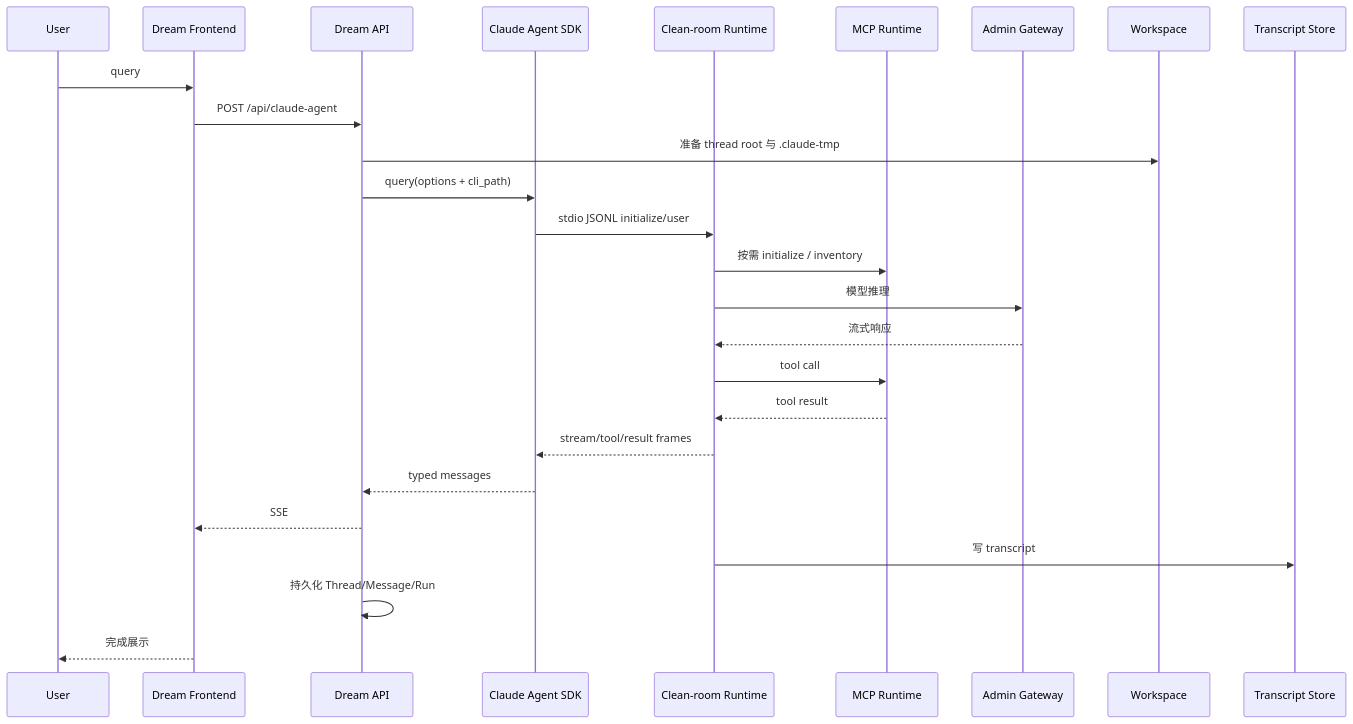
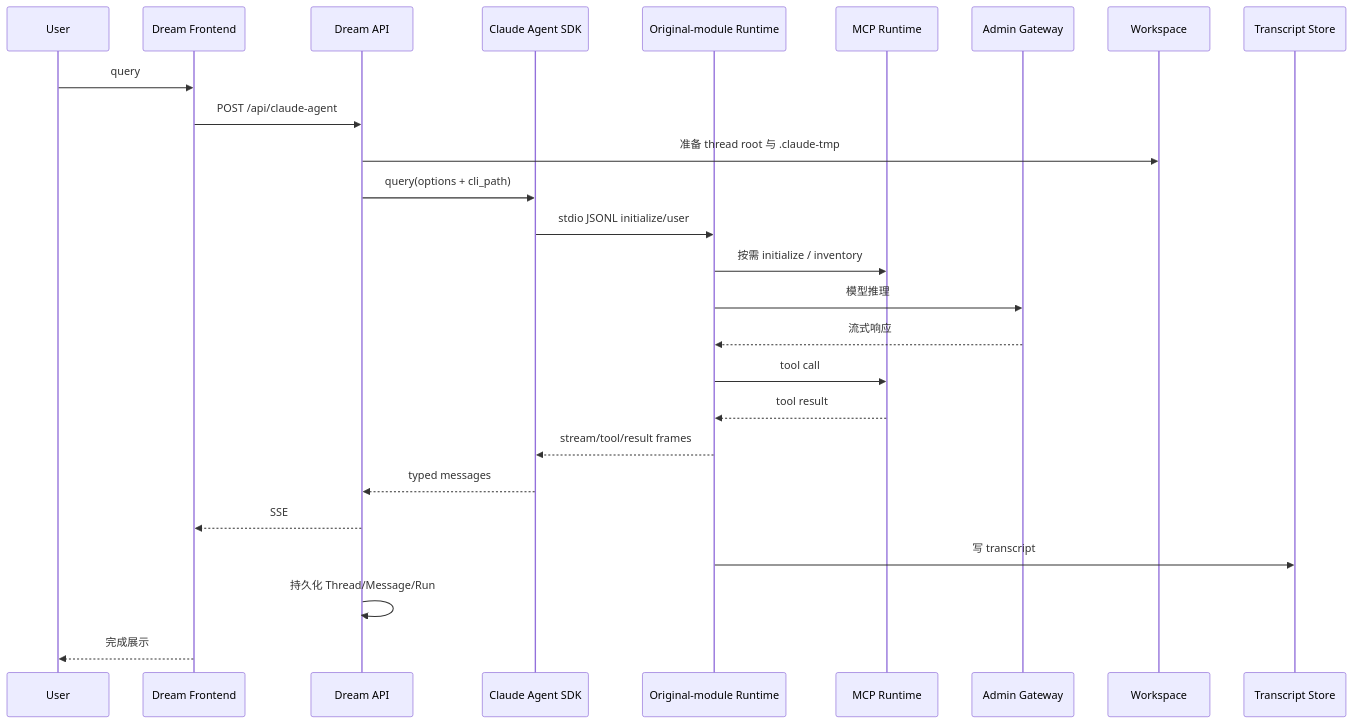
One commit to glide-the/im-dream changed the second of 4 diagrams in docs/architecture/项目架构设计说明.md. Above: the diagram before and after it, drawn with Mermaid. The commit also changed other lines of this file and 51 other files, not shown here.

````diff
--- a/docs/architecture/项目架构设计说明.md
+++ b/docs/architecture/项目架构设计说明.md
@@ -324,28 +280,28 @@
 ```mermaid
 sequenceDiagram
     participant U as User
     participant FE as Dream Frontend
     participant API as Dream API
     participant SDK as Claude Agent SDK
-    participant RT as Clean-room Runtime
+    participant RT as Original-module Runtime
     participant MCP as MCP Runtime
     participant GW as Admin Gateway
     participant WS as Workspace
     participant TS as Transcript Store
     U->>FE: query
     FE->>API: POST /api/claude-agent
     API->>WS: 准备 thread root 与 .claude-tmp
     API->>SDK: query(options + cli_path)
     SDK->>RT: stdio JSONL initialize/user
     RT->>MCP: 按需 initialize / inventory
     RT->>GW: 模型推理
     GW-->>RT: 流式响应
     RT->>MCP: tool call
     MCP-->>RT: tool result
     RT-->>SDK: stream/tool/result frames
     SDK-->>API: typed messages
     API-->>FE: SSE
     RT->>TS: 写 transcript
     API->>API: 持久化 Thread/Message/Run
     FE-->>U: 完成展示
 ```
````
